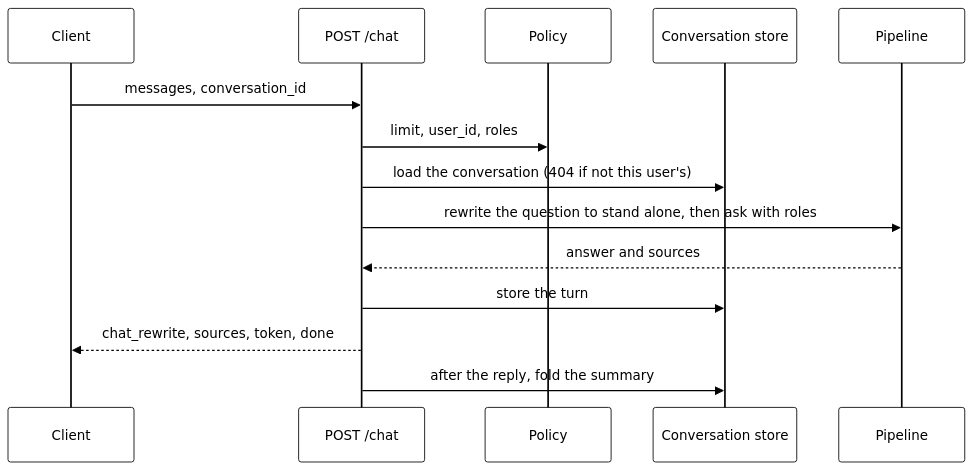
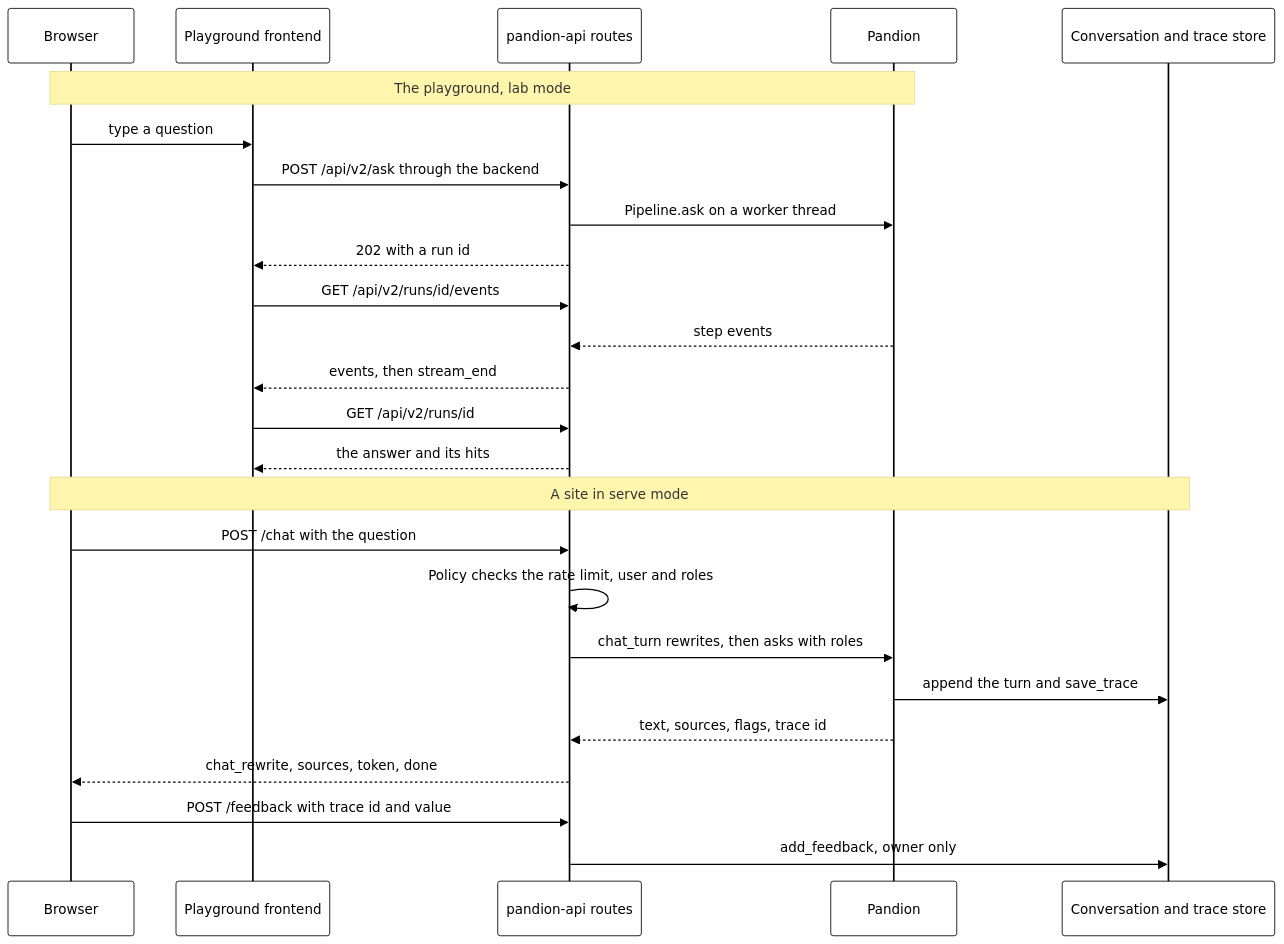
One commit to nadeem4/rag-playground changed the third of 4 diagrams in docs/architecture.md. Above: the diagram before and after it, drawn with Mermaid. The commit also changed other lines of this file, not shown here.

Commit message:
docs: architecture page with system diagrams (DOC3)

````diff
--- a/docs/architecture.md
+++ b/docs/architecture.md
@@ -460,17 +209,28 @@
 ```mermaid
 %%{init: {'theme':'base','themeVariables':{'primaryColor':'#ffffff','primaryTextColor':'#000000','primaryBorderColor':'#000000','lineColor':'#000000'}}}%%
 sequenceDiagram
-  participant C as Client
-  participant A as POST /chat
-  participant P as Policy
-  participant S as Conversation store
-  participant L as Pipeline
-  C->>A: messages, conversation_id
-  A->>P: limit, user_id, roles
-  A->>S: load the conversation (404 if not this user's)
-  A->>L: rewrite the question to stand alone, then ask with roles
-  L-->>A: answer and sources
-  A->>S: store the turn
-  A-->>C: chat_rewrite, sources, token, done
-  A->>S: after the reply, fold the summary
+    participant B as Browser
+    participant F as Playground frontend
+    participant A as pandion-api routes
+    participant P as Pandion
+    participant T as Conversation and trace store
+    Note over B,P: The playground, lab mode
+    B->>F: type a question
+    F->>A: POST /api/v2/ask through the backend
+    A->>P: Pipeline.ask on a worker thread
+    A-->>F: 202 with a run id
+    F->>A: GET /api/v2/runs/id/events
+    P-->>A: step events
+    A-->>F: events, then stream_end
+    F->>A: GET /api/v2/runs/id
+    A-->>F: the answer and its hits
+    Note over B,T: A site in serve mode
+    B->>A: POST /chat with the question
+    A->>A: Policy checks the rate limit, user and roles
+    A->>P: chat_turn rewrites, then asks with roles
+    P->>T: append the turn and save_trace
+    P-->>A: text, sources, flags, trace id
+    A-->>B: chat_rewrite, sources, token, done
+    B->>A: POST /feedback with trace id and value
+    A->>T: add_feedback, owner only
 ```
````
